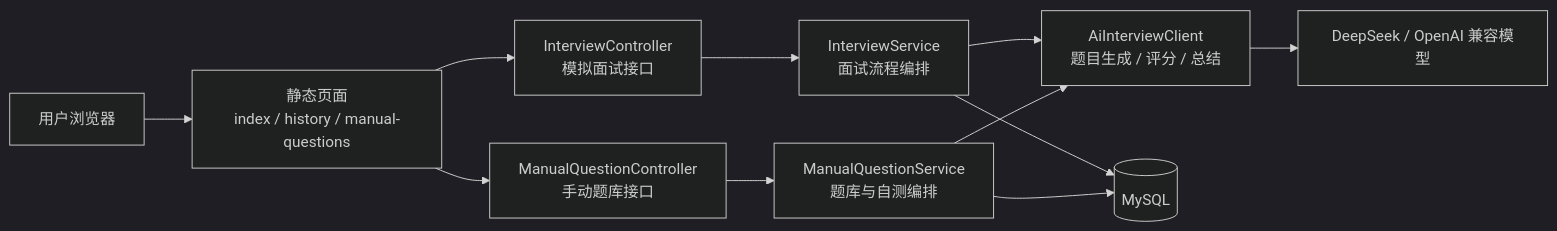
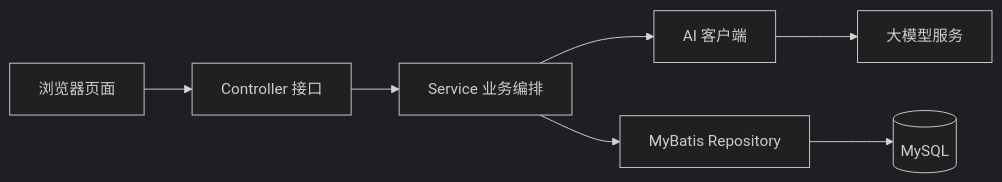
Before and after one commit to tonnyKnown/origin: the second of 2 diagrams in README.md, drawn with Mermaid (dark theme). The commit also changed other lines of this file, not shown here.

````diff
--- a/README.md
+++ b/README.md
@@ -77,16 +34,9 @@
 ```mermaid
 flowchart LR
-    U[用户浏览器] --> P[静态页面<br/>index / history / manual-questions]
-    P --> IC[InterviewController<br/>模拟面试接口]
-    P --> MC[ManualQuestionController<br/>手动题库接口]
-
-    IC --> IS[InterviewService<br/>面试流程编排]
-    MC --> MS[ManualQuestionService<br/>题库与自测编排]
-
-    IS --> AI[AiInterviewClient<br/>题目生成 / 评分 / 总结]
-    MS --> AI
-    AI --> LLM[DeepSeek / OpenAI 兼容模型]
-
-    IS --> DB[(MySQL)]
-    MS --> DB
+    A[浏览器页面] --> B[Controller 接口]
+    B --> C[Service 业务编排]
+    C --> D[AI 客户端]
+    D --> E[大模型服务]
+    C --> F[MyBatis Repository]
+    F --> G[(MySQL)]
 ```
````
